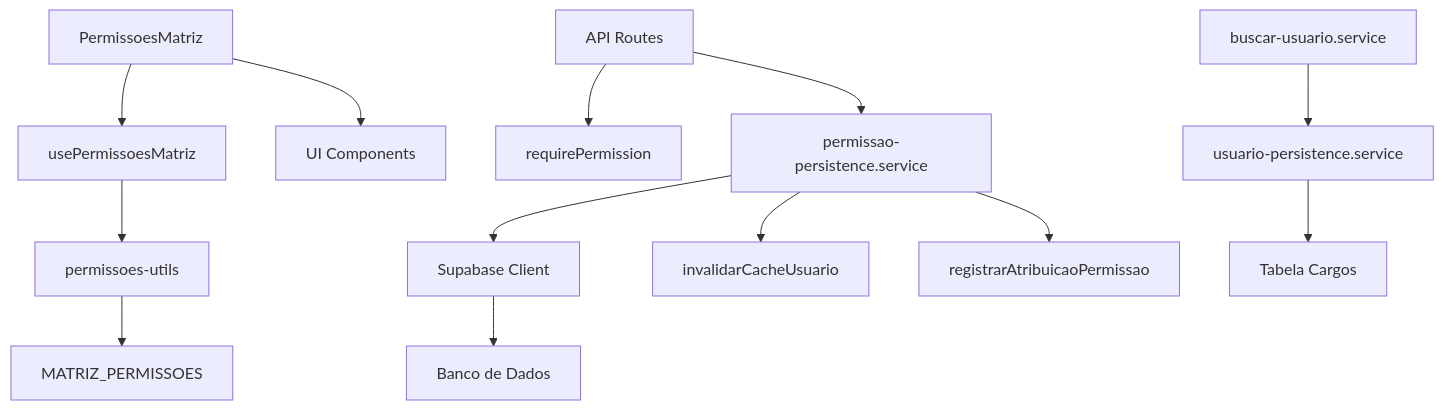
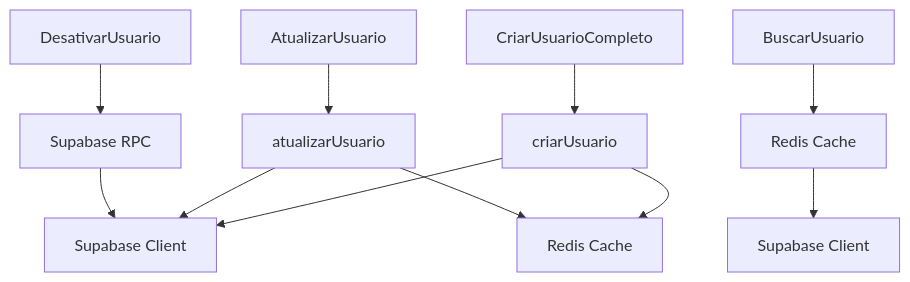
Before and after one commit to SinesysTech/zattar-os: the seventh of 7 diagrams in .qoder/repowiki/pt/content/Módulos de Funcionalidade/Gestao Usuarios Permissoes.md, drawn with Mermaid. The commit also changed other lines of this file and 14 other files, not shown here.

````diff
--- a/.qoder/repowiki/pt/content/Módulos de Funcionalidade/Gestao Usuarios Permissoes.md
+++ b/.qoder/repowiki/pt/content/Módulos de Funcionalidade/Gestao Usuarios Permissoes.md
@@ -172,15 +250,13 @@
 ```mermaid
 graph TD
-A[PermissoesMatriz] --> B[usePermissoesMatriz]
-B --> C[permissoes-utils]
-C --> D[MATRIZ_PERMISSOES]
-A --> E[UI Components]
-F[API Routes] --> G[requirePermission]
-F --> H[permissao-persistence.service]
-H --> I[Supabase Client]
-H --> J[invalidarCacheUsuario]
-H --> K[registrarAtribuicaoPermissao]
-I --> L[Banco de Dados]
-M[buscar-usuario.service] --> N[usuario-persistence.service]
-N --> O[Tabela Cargos]
+A[CriarUsuarioCompleto] --> B[criarUsuario]
+B --> C[Supabase Client]
+B --> D[Redis Cache]
+E[AtualizarUsuario] --> F[atualizarUsuario]
+F --> C
+F --> D
+G[DesativarUsuario] --> H[Supabase RPC]
+H --> C
+I[BuscarUsuario] --> J[Redis Cache]
+J --> K[Supabase Client]
 ```
````
